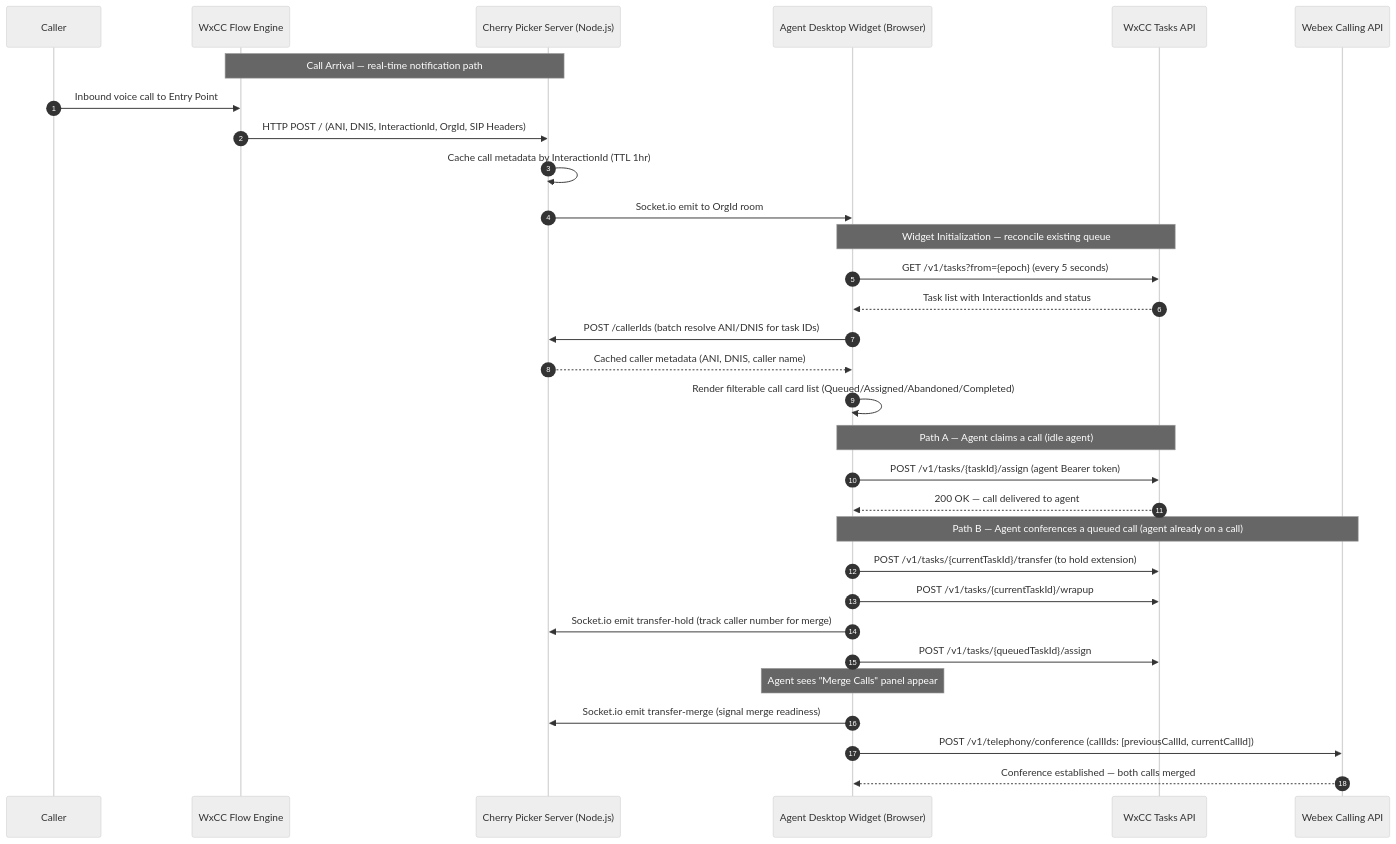
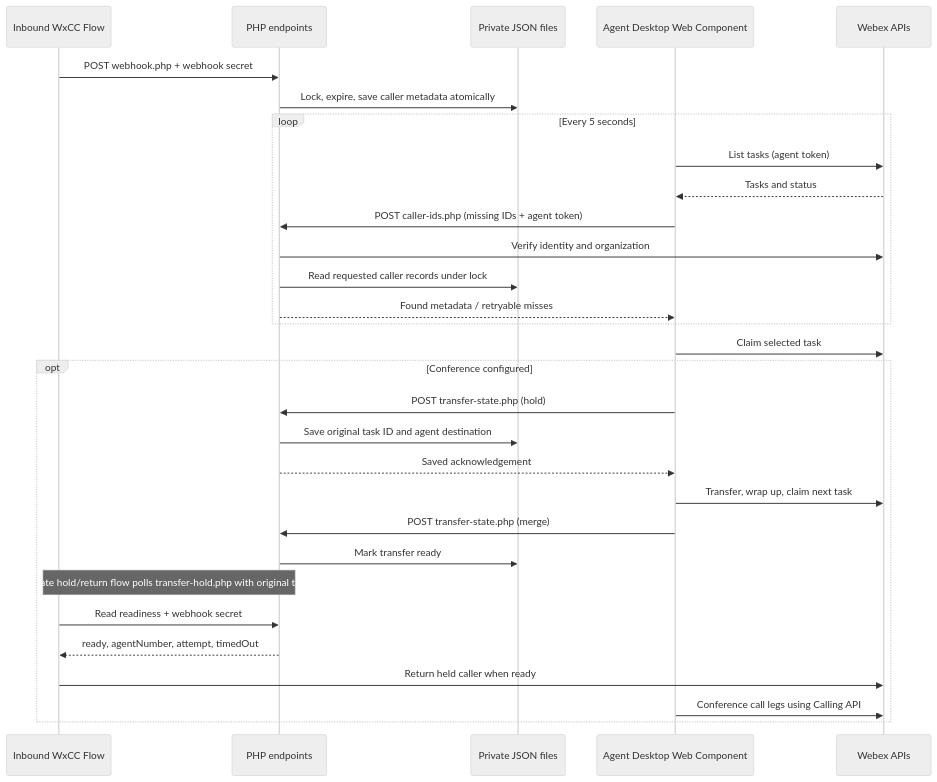
One commit to cmergenthal/wxcc-emergency-cherry-picker changed the diagram in diagrams/architecture-diagram.md. Above: the diagram before and after it, drawn with Mermaid (neutral theme). The commit also changed other lines of this file and 39 other files, not shown here.

Commit message:
Add PHP storage and emergency call header widget

````diff
--- a/diagrams/architecture-diagram.md
+++ b/diagrams/architecture-diagram.md
@@ -5,37 +3,32 @@
 ```mermaid
 sequenceDiagram
-    autonumber
-    participant Caller
-    participant WxCCFlow as WxCC Flow Engine
-    participant Server as Cherry Picker Server (Node.js)
-    participant AgentDesktop as Agent Desktop Widget (Browser)
-    participant TasksAPI as WxCC Tasks API
-    participant CallingAPI as Webex Calling API
-
-    note over WxCCFlow,Server: Call Arrival — real-time notification path
-    Caller->>WxCCFlow: Inbound voice call to Entry Point
-    WxCCFlow->>Server: HTTP POST / (ANI, DNIS, InteractionId, OrgId, SIP Headers)
-    Server->>Server: Cache call metadata by InteractionId (TTL 1hr)
-    Server->>AgentDesktop: Socket.io emit to OrgId room
-
-    note over AgentDesktop,TasksAPI: Widget Initialization — reconcile existing queue
-    AgentDesktop->>TasksAPI: GET /v1/tasks?from={epoch} (every 5 seconds)
-    TasksAPI-->>AgentDesktop: Task list with InteractionIds and status
-    AgentDesktop->>Server: POST /callerIds (batch resolve ANI/DNIS for task IDs)
-    Server-->>AgentDesktop: Cached caller metadata (ANI, DNIS, caller name)
-    AgentDesktop->>AgentDesktop: Render filterable call card list (Queued/Assigned/Abandoned/Completed)
-
-    note over AgentDesktop,TasksAPI: Path A — Agent claims a call (idle agent)
-    AgentDesktop->>TasksAPI: POST /v1/tasks/{taskId}/assign (agent Bearer token)
-    TasksAPI-->>AgentDesktop: 200 OK — call delivered to agent
-
-    note over AgentDesktop,CallingAPI: Path B — Agent conferences a queued call (agent already on a call)
-    AgentDesktop->>TasksAPI: POST /v1/tasks/{currentTaskId}/transfer (to hold extension)
-    AgentDesktop->>TasksAPI: POST /v1/tasks/{currentTaskId}/wrapup
-    AgentDesktop->>Server: Socket.io emit transfer-hold (track caller number for merge)
-    AgentDesktop->>TasksAPI: POST /v1/tasks/{queuedTaskId}/assign
-    note over AgentDesktop: Agent sees "Merge Calls" panel appear
-    AgentDesktop->>Server: Socket.io emit transfer-merge (signal merge readiness)
-    AgentDesktop->>CallingAPI: POST /v1/telephony/conference (callIds: [previousCallId, currentCallId])
-    CallingAPI-->>AgentDesktop: Conference established — both calls merged
+    participant Flow as Inbound WxCC Flow
+    participant PHP as PHP endpoints
+    participant JSON as Private JSON files
+    participant Widget as Agent Desktop Web Component
+    participant Webex as Webex APIs
+    Flow->>PHP: POST webhook.php + webhook secret
+    PHP->>JSON: Lock, expire, save caller metadata atomically
+    loop Every 5 seconds
+        Widget->>Webex: List tasks (agent token)
+        Webex-->>Widget: Tasks and status
+        Widget->>PHP: POST caller-ids.php (missing IDs + agent token)
+        PHP->>Webex: Verify identity and organization
+        PHP->>JSON: Read requested caller records under lock
+        PHP-->>Widget: Found metadata / retryable misses
+    end
+    Widget->>Webex: Claim selected task
+    opt Conference configured
+        Widget->>PHP: POST transfer-state.php (hold)
+        PHP->>JSON: Save original task ID and agent destination
+        PHP-->>Widget: Saved acknowledgement
+        Widget->>Webex: Transfer, wrap up, claim next task
+        Widget->>PHP: POST transfer-state.php (merge)
+        PHP->>JSON: Mark transfer ready
+        Note over Flow,PHP: Separate hold/return flow polls transfer-hold.php with original task ID
+        Flow->>PHP: Read readiness + webhook secret
+        PHP-->>Flow: ready, agentNumber, attempt, timedOut
+        Flow->>Webex: Return held caller when ready
+        Widget->>Webex: Conference call legs using Calling API
+    end
 ```
````
